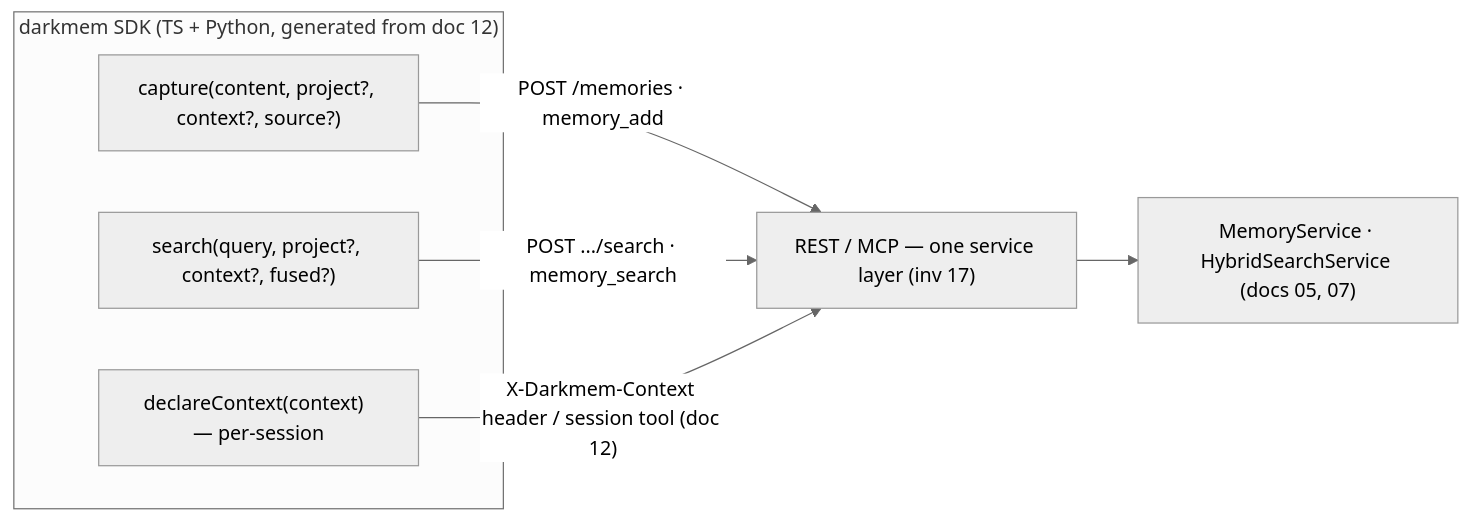
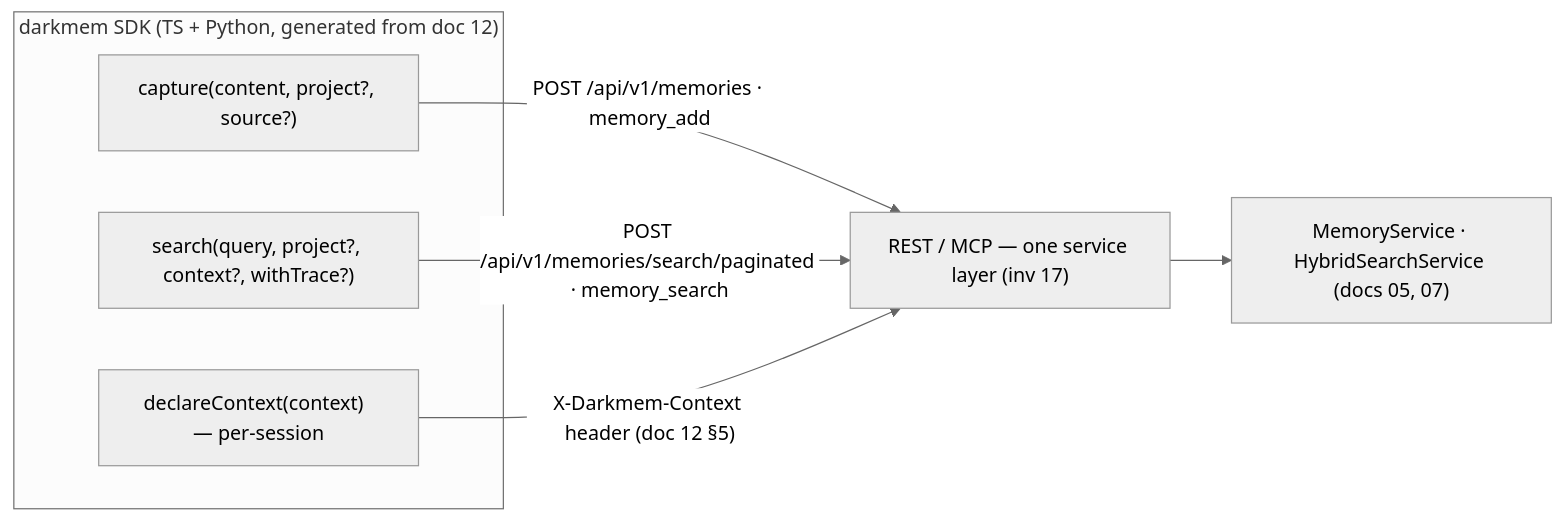
The seventh of 8 diagrams in docs/design/15-distribution-and-integration.md (darkraise/darkmem), drawn with Mermaid (neutral theme) before and after one commit. The commit also changed other lines of this file and 11 other files, not shown here.

First line of the commit message:
fix(sdks): the declaration reached no door, so re-point search

````diff
--- a/docs/design/15-distribution-and-integration.md
+++ b/docs/design/15-distribution-and-integration.md
@@ -239,12 +239,12 @@
 ```mermaid
 flowchart LR
     subgraph SDK["darkmem SDK (TS + Python, generated from doc 12)"]
-        CAP["capture(content, project?, context?, source?)"]
-        SRCH["search(query, project?, context?, fused?)"]
+        CAP["capture(content, project?, source?)"]
+        SRCH["search(query, project?, context?, withTrace?)"]
         CTX["declareContext(context)  — per-session"]
     end
-    CAP -->|"POST /memories · memory_add"| DOOR["REST / MCP — one service layer (inv 17)"]
-    SRCH -->|"POST .../search · memory_search"| DOOR
-    CTX -->|"X-Darkmem-Context header / session tool (doc 12)"| DOOR
+    CAP -->|"POST /api/v1/memories · memory_add"| DOOR["REST / MCP — one service layer (inv 17)"]
+    SRCH -->|"POST /api/v1/memories/search/paginated · memory_search"| DOOR
+    CTX -->|"X-Darkmem-Context header (doc 12 §5)"| DOOR
     DOOR --> SVC["MemoryService · HybridSearchService (docs 05, 07)"]
 ```
````
